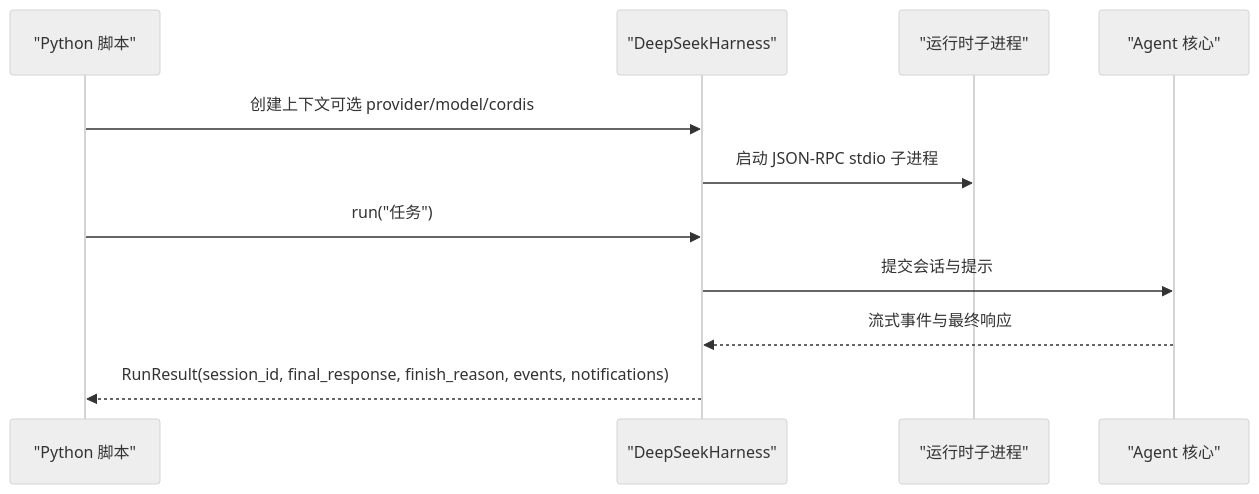
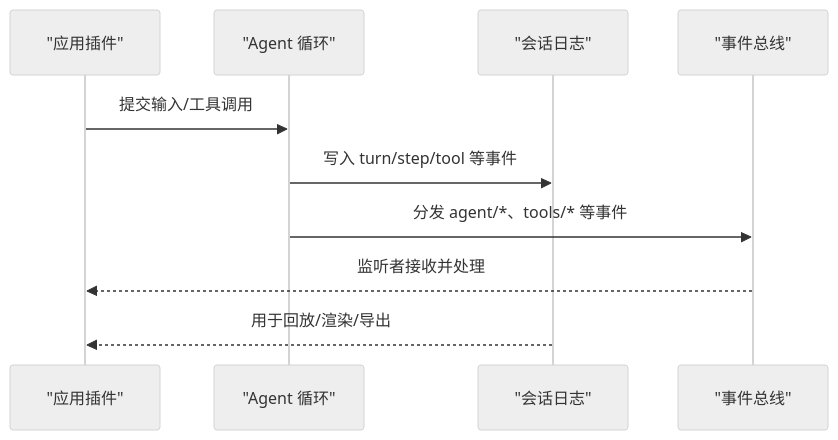
Before and after one commit to gongzili456/deepseek-harness: the sixth of 7 diagrams in .qoder/repowiki/zh/content/项目概览/项目概览.md, drawn with Mermaid (neutral theme). The commit also changed other lines of this file and 1001 other files, not shown here.

````diff
--- a/.qoder/repowiki/zh/content/项目概览/项目概览.md
+++ b/.qoder/repowiki/zh/content/项目概览/项目概览.md
@@ -227,13 +209,12 @@
 ```mermaid
 sequenceDiagram
-participant PY as "Python 脚本"
-participant SDK as "DeepSeekHarness"
-participant RT as "运行时子进程"
-participant CORE as "Agent 核心"
-PY->>SDK : 创建上下文可选 provider/model/cordis
-SDK->>RT : 启动 JSON-RPC stdio 子进程
-PY->>SDK : run("任务")
-SDK->>CORE : 提交会话与提示
-CORE-->>SDK : 流式事件与最终响应
-SDK-->>PY : RunResult(session_id, final_response, finish_reason, events, notifications)
+participant App as "应用插件"
+participant Agent as "Agent 循环"
+participant Log as "会话日志"
+participant Bus as "事件总线"
+App->>Agent : 提交输入/工具调用
+Agent->>Log : 写入 turn/step/tool 等事件
+Agent->>Bus : 分发 agent/*、tools/* 等事件
+Bus-->>App : 监听者接收并处理
+Log-->>App : 用于回放/渲染/导出
 ```
````
